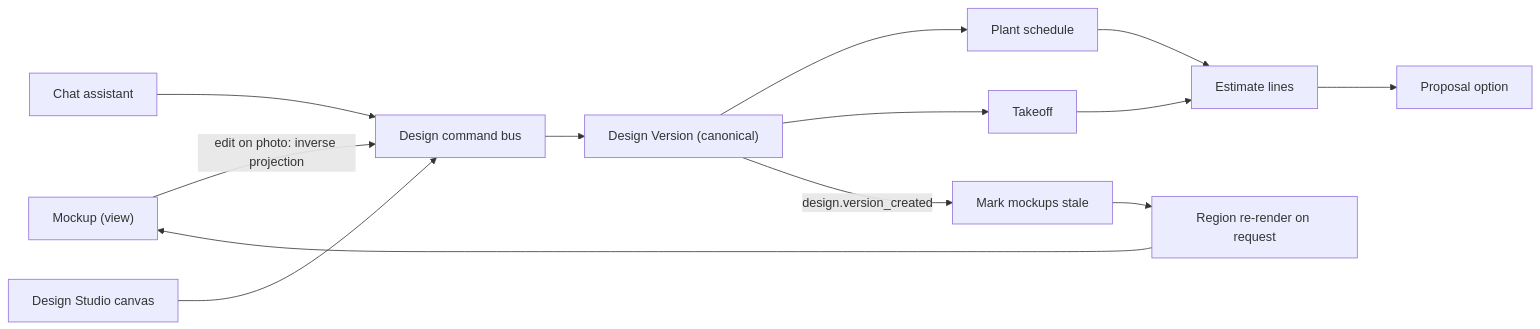
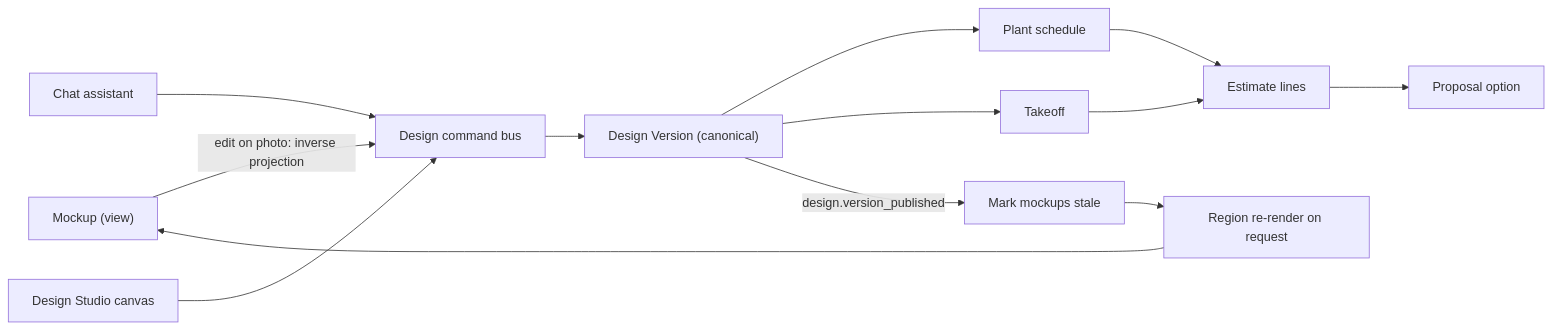
One commit to jdinard/landscape changed the third of 15 diagrams in docs/11-ai-design-mockups.md. Above: the diagram before and after it, drawn with Mermaid. The commit also changed other lines of this file and 21 other files, not shown here.

````diff
--- a/docs/11-ai-design-mockups.md
+++ b/docs/11-ai-design-mockups.md
@@ -645,15 +658,15 @@
 ```mermaid
 flowchart LR
     M["Mockup (view)"] -->|"edit on photo: inverse projection"| CMD["Design command bus"]
     CH["Chat assistant"] --> CMD
     DS["Design Studio canvas"] --> CMD
     CMD --> DV["Design Version (canonical)"]
     DV --> PL["Plant schedule"]
     DV --> TO["Takeoff"]
     TO --> ES["Estimate lines"]
     PL --> ES
     ES --> PR["Proposal option"]
-    DV -->|"design.version_created"| ST["Mark mockups stale"]
+    DV -->|"design.version_published"| ST["Mark mockups stale"]
     ST --> RR["Region re-render on request"]
     RR --> M
 ```
````
